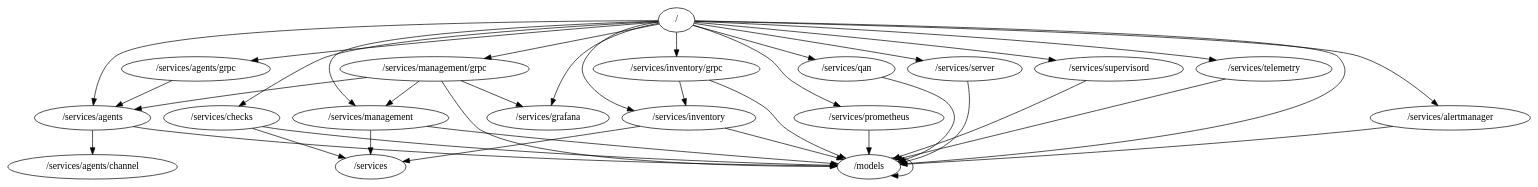
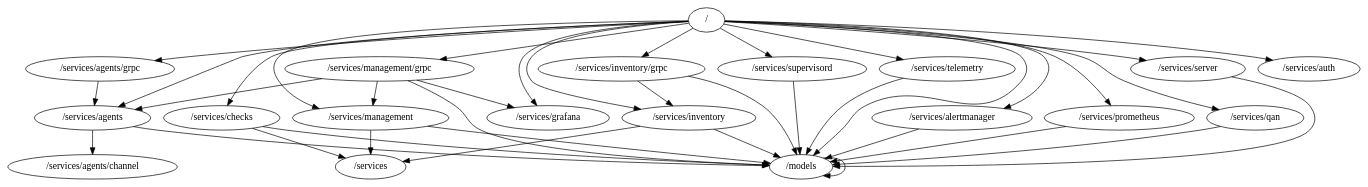
The diagram in packages.dot (percona/pmm-managed), drawn with Graphviz before and after one commit. The commit also changed 8 other files, not shown here.

```diff
--- a/packages.dot
+++ b/packages.dot
@@ -1,39 +1,40 @@
 digraph packages {
 	"/" -> "/models";
 	"/" -> "/services/agents";
 	"/" -> "/services/agents/grpc";
 	"/" -> "/services/alertmanager";
+	"/" -> "/services/auth";
 	"/" -> "/services/checks";
 	"/" -> "/services/grafana";
 	"/" -> "/services/inventory";
 	"/" -> "/services/inventory/grpc";
 	"/" -> "/services/management";
 	"/" -> "/services/management/grpc";
 	"/" -> "/services/prometheus";
 	"/" -> "/services/qan";
 	"/" -> "/services/server";
 	"/" -> "/services/supervisord";
 	"/" -> "/services/telemetry";
 	"/models" -> "/models";
 	"/services/agents" -> "/models";
 	"/services/agents" -> "/services/agents/channel";
 	"/services/agents/grpc" -> "/services/agents";
 	"/services/alertmanager" -> "/models";
 	"/services/checks" -> "/models";
 	"/services/checks" -> "/services";
 	"/services/inventory" -> "/models";
 	"/services/inventory" -> "/services";
 	"/services/inventory/grpc" -> "/models";
 	"/services/inventory/grpc" -> "/services/inventory";
 	"/services/management" -> "/models";
 	"/services/management" -> "/services";
 	"/services/management/grpc" -> "/models";
 	"/services/management/grpc" -> "/services/agents";
 	"/services/management/grpc" -> "/services/grafana";
 	"/services/management/grpc" -> "/services/management";
 	"/services/prometheus" -> "/models";
 	"/services/qan" -> "/models";
 	"/services/server" -> "/models";
 	"/services/supervisord" -> "/models";
 	"/services/telemetry" -> "/models";
 }
```
